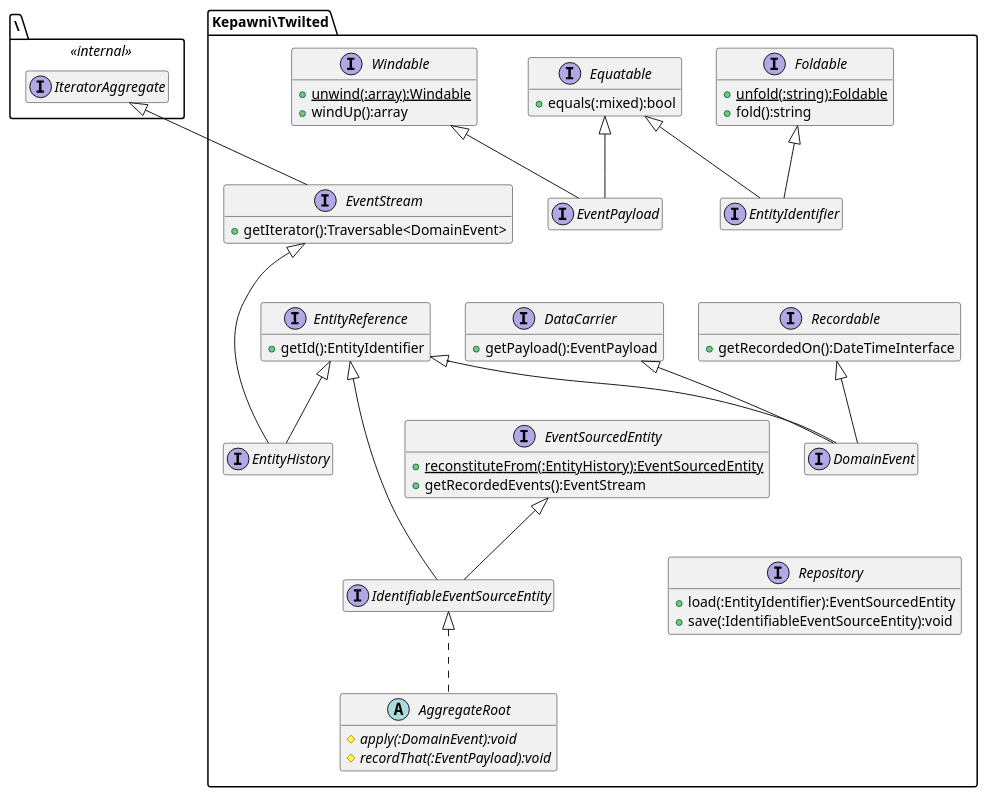
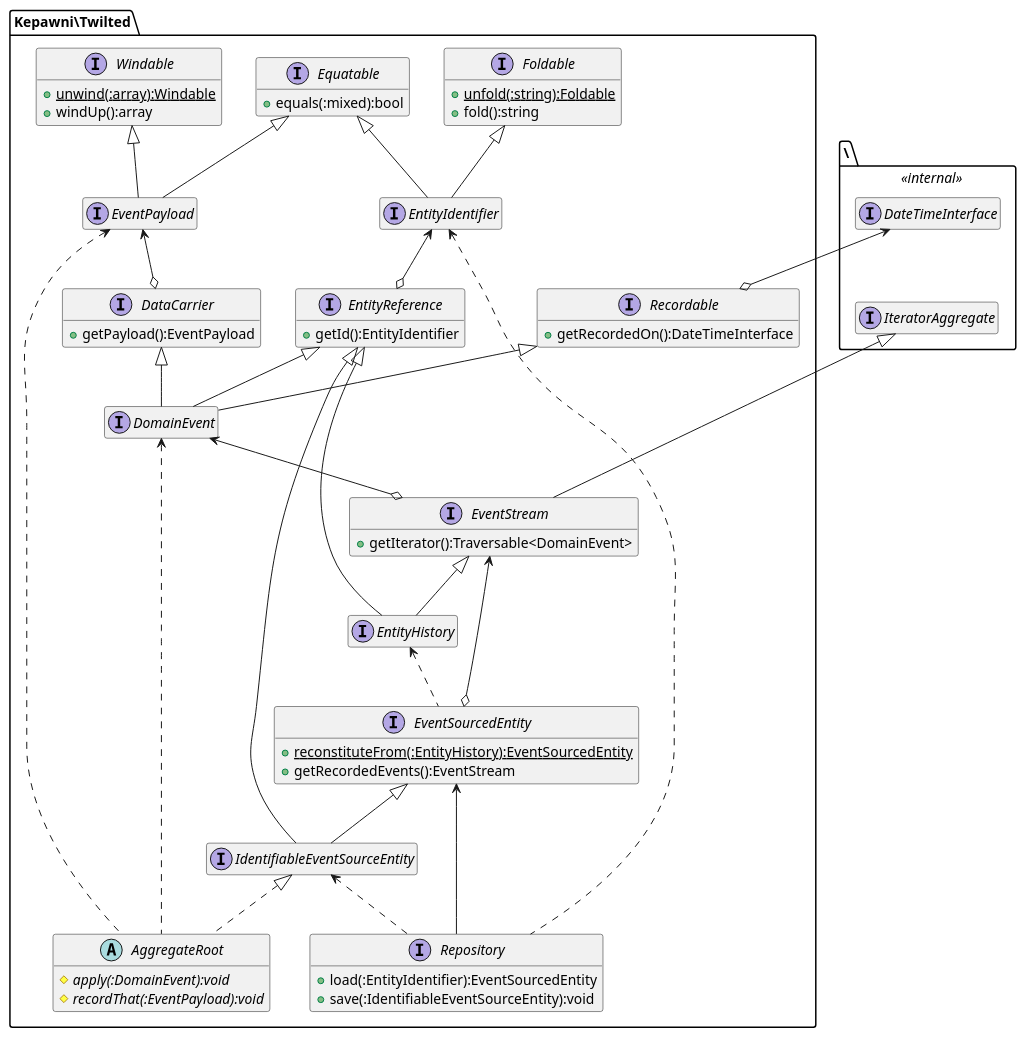
Before and after one commit to kepawni/twilted: the diagram in doc/structure.puml, drawn with PlantUML.

Commit message:
Add associations to class diagram

```diff
--- a/doc/structure.puml
+++ b/doc/structure.puml
@@ -1,64 +1,76 @@
 @startuml
 hide empty members
 package \ <<internal>> {
     interface IteratorAggregate
+    interface DateTimeInterface
 }
 package Kepawni\Twilted {
     abstract AggregateRoot {
         {abstract} #apply(:DomainEvent):void
         {abstract} #recordThat(:EventPayload):void
     }
     interface DataCarrier {
         +getPayload():EventPayload
     }
     interface DomainEvent
     interface EntityHistory
     interface EntityIdentifier
     interface EntityReference {
         +getId():EntityIdentifier
     }
     interface Equatable {
         +equals(:mixed):bool
     }
     interface EventPayload
     interface EventSourcedEntity {
         {static} +reconstituteFrom(:EntityHistory):EventSourcedEntity
         +getRecordedEvents():EventStream
     }
     interface EventStream {
         +getIterator():Traversable<DomainEvent>
     }
     interface Foldable {
         {static} +unfold(:string):Foldable
         +fold():string
     }
     interface IdentifiableEventSourceEntity
     interface Recordable {
         +getRecordedOn():DateTimeInterface
     }
     interface Repository {
         +load(:EntityIdentifier):EventSourcedEntity
         +save(:IdentifiableEventSourceEntity):void
     }
     interface Windable {
         {static} +unwind(:array):Windable
         +windUp():array
     }
     IdentifiableEventSourceEntity ^.. AggregateRoot
     DataCarrier ^-- DomainEvent
     EntityReference ^-- DomainEvent
     Recordable ^-- DomainEvent
     EntityReference ^-- EntityHistory
-    EventStream ^--- EntityHistory
+    EventStream ^-- EntityHistory
     Equatable ^-- EntityIdentifier
     Foldable ^-- EntityIdentifier
     Equatable ^-- EventPayload
     Windable ^-- EventPayload
     IteratorAggregate ^-- EventStream
-    EntityReference ^--- IdentifiableEventSourceEntity
+    EntityReference ^-- IdentifiableEventSourceEntity
     EventSourcedEntity ^-- IdentifiableEventSourceEntity
 
-    Windable -d[hidden]- EventStream
-    Repository -u[hidden]- DomainEvent
+    EventPayload <--o DataCarrier
+    EntityIdentifier <--o EntityReference
+    EventStream <--o EventSourcedEntity
+    DomainEvent <--o EventStream
+    DateTimeInterface <--o Recordable
+    EventSourcedEntity <-- Repository
+    DomainEvent <.. AggregateRoot
+    EventPayload <.. AggregateRoot
+    EntityHistory <.. EventSourcedEntity
+    EntityIdentifier <.. Repository
+    IdentifiableEventSourceEntity <.. Repository
+
+    DateTimeInterface -[hidden]- IteratorAggregate
 }
 @enduml
```
